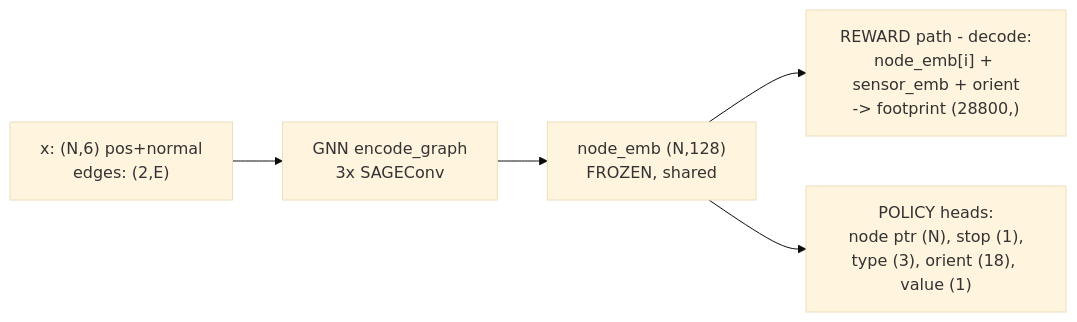
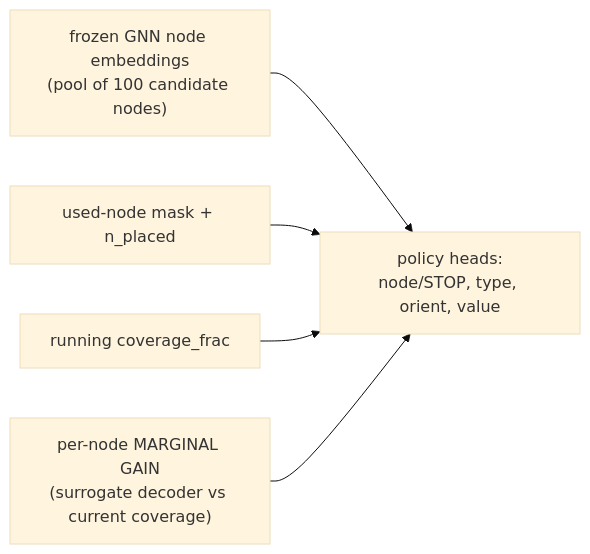
One commit to minhnhangia/genetic_algorithm changed the fourth of 5 diagrams in surrogate/rl/DATAFLOW.md. Above: the diagram before and after it, drawn with Mermaid (base theme). The commit also changed other lines of this file and 24 other files, not shown here.

````diff
--- a/surrogate/rl/DATAFLOW.md
+++ b/surrogate/rl/DATAFLOW.md
@@ -92,7 +64,8 @@
 ```mermaid
 flowchart LR
-    X["x: (N,6) pos+normal<br/>edges: (2,E)"] --> GNN["GNN encode_graph<br/>3x SAGEConv"]
-    GNN --> EMB["node_emb (N,128)<br/>FROZEN, shared"]
-    EMB --> RPATH["REWARD path - decode:<br/>node_emb[i] + sensor_emb + orient<br/>-> footprint (28800,)"]
-    EMB --> PPATH["POLICY heads:<br/>node ptr (N), stop (1),<br/>type (3), orient (18), value (1)"]
+  EMB["frozen GNN node embeddings<br/>(pool of 100 candidate nodes)"] --> POL
+  USED["used-node mask + n_placed"] --> POL
+  COV["running coverage_frac"] --> POL
+  GAIN["per-node MARGINAL GAIN<br/>(surrogate decoder vs current coverage)"] --> POL
+  POL["policy heads:<br/>node/STOP, type, orient, value"]
 ```
````
